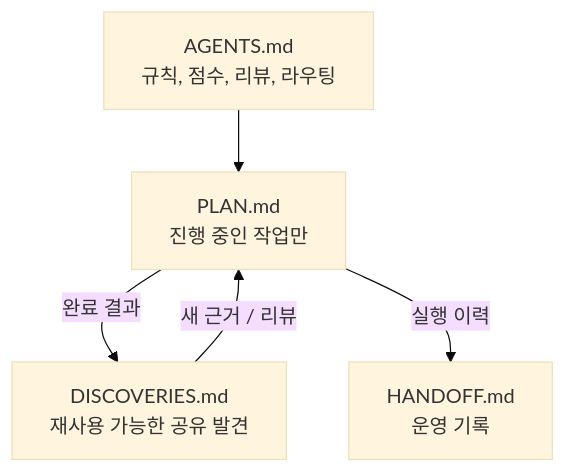
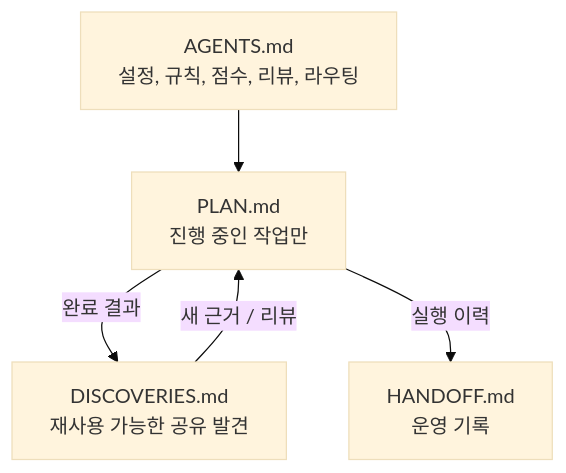
The second of 3 diagrams in README.ko.md (TaeyanG4/research-orchestrator-skill), drawn with Mermaid (base theme) before and after one commit. The commit also changed other lines of this file and 19 other files, not shown here.

````diff
--- a/README.ko.md
+++ b/README.ko.md
@@ -51,12 +53,12 @@
 ```mermaid
 flowchart TD
-    A[AGENTS.md<br/>규칙, 점수, 리뷰, 라우팅]
+    A[AGENTS.md<br/>설정, 규칙, 점수, 리뷰, 라우팅]
     P[PLAN.md<br/>진행 중인 작업만]
     D[DISCOVERIES.md<br/>재사용 가능한 공유 발견]
     H[HANDOFF.md<br/>운영 기록]
 
     A --> P
     P -->|완료 결과| D
     P -->|실행 이력| H
     D -->|새 근거 / 리뷰| P
 ```
````
